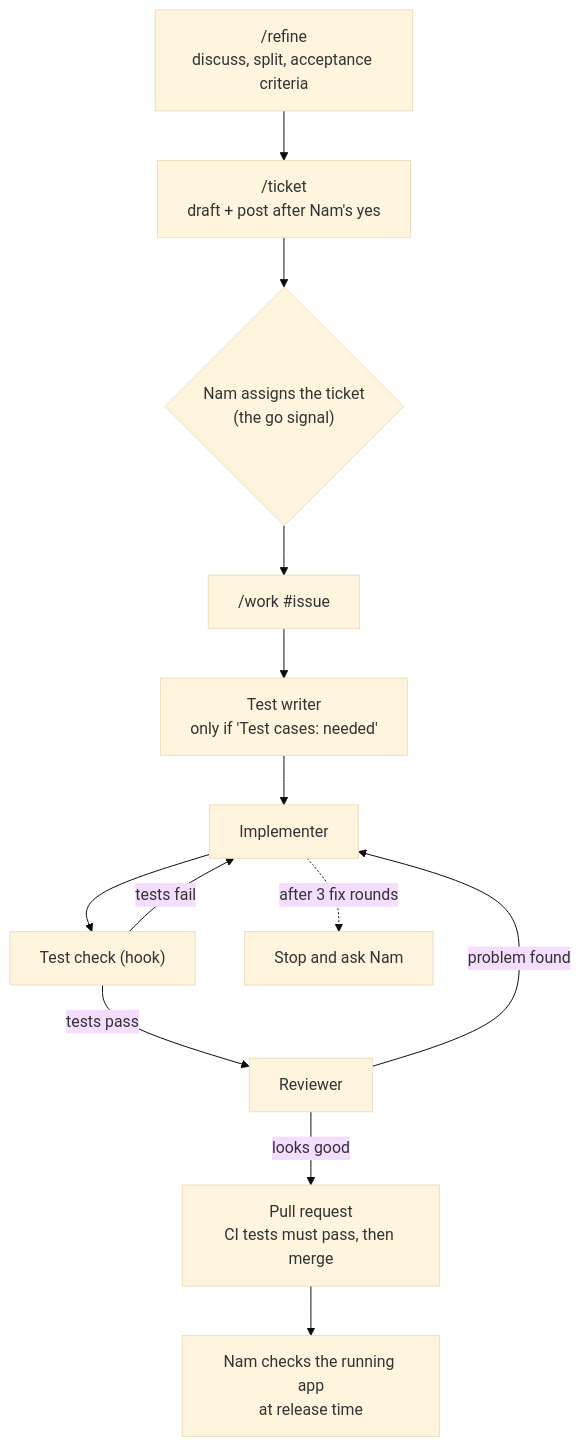
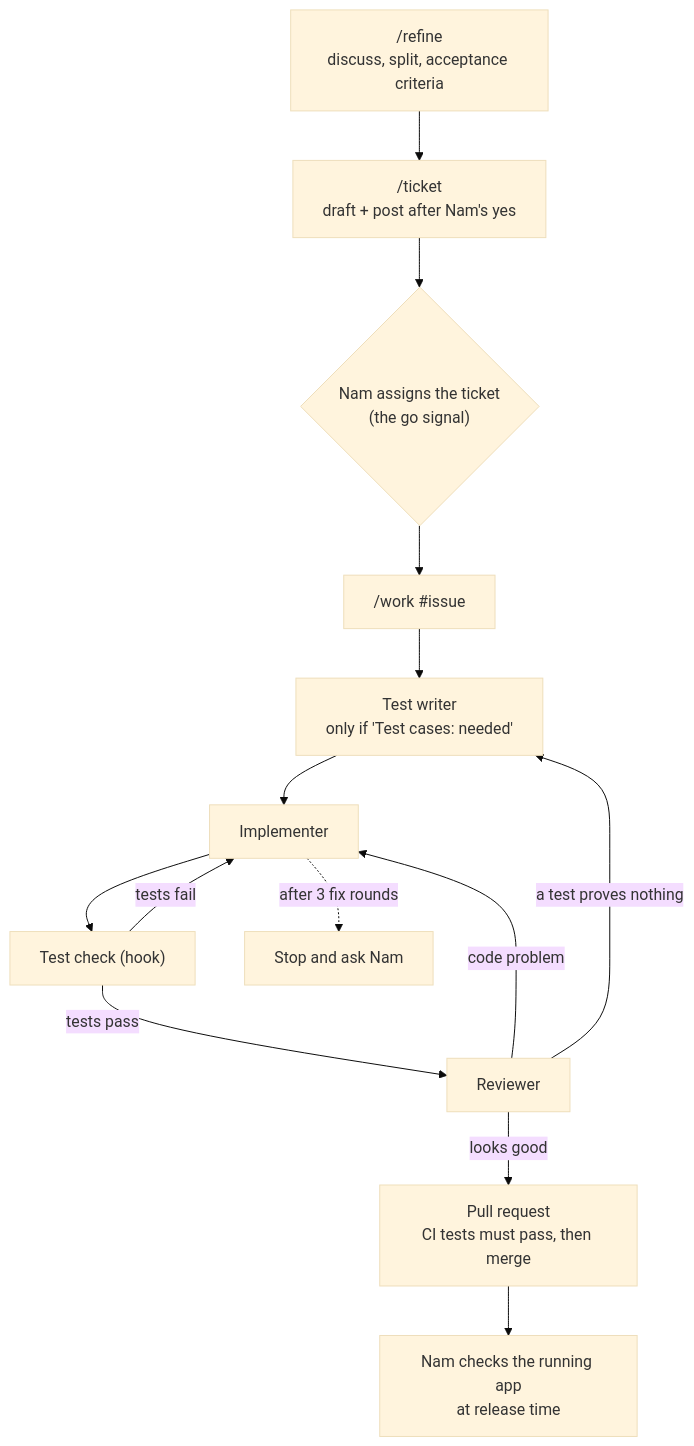
One commit to nampham2101/lotteryScanV2 changed the diagram in docs/WORKFLOW.md. Above: the diagram before and after it, drawn with Mermaid (base theme). The commit also changed other lines of this file and 3 other files, not shown here.

````diff
--- a/docs/WORKFLOW.md
+++ b/docs/WORKFLOW.md
@@ -9,15 +9,16 @@
 ```mermaid
 flowchart TD
   A["/refine<br/>discuss, split, acceptance criteria"] --> B["/ticket<br/>draft + post after Nam's yes"]
   B --> C{"Nam assigns the ticket<br/>(the go signal)"}
   C --> D["/work #issue"]
   D --> E["Test writer<br/>only if 'Test cases: needed'"]
   E --> F["Implementer"]
   F --> G["Test check (hook)"]
   G -- "tests fail" --> F
   G -- "tests pass" --> H["Reviewer"]
-  H -- "problem found" --> F
+  H -- "code problem" --> F
+  H -- "a test proves nothing" --> E
   H -- "looks good" --> I["Pull request<br/>CI tests must pass, then merge"]
   I --> J["Nam checks the running app<br/>at release time"]
   F -. "after 3 fix rounds" .-> K["Stop and ask Nam"]
 ```
````
